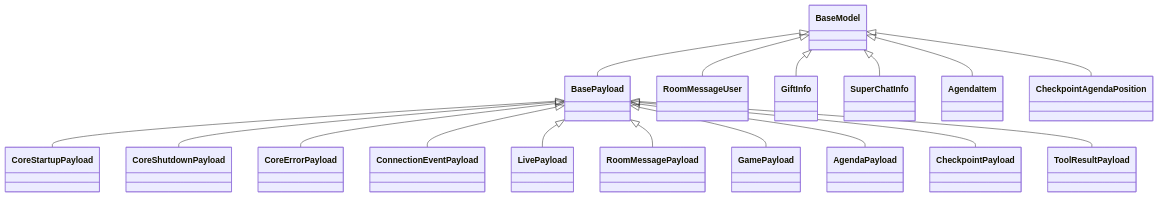
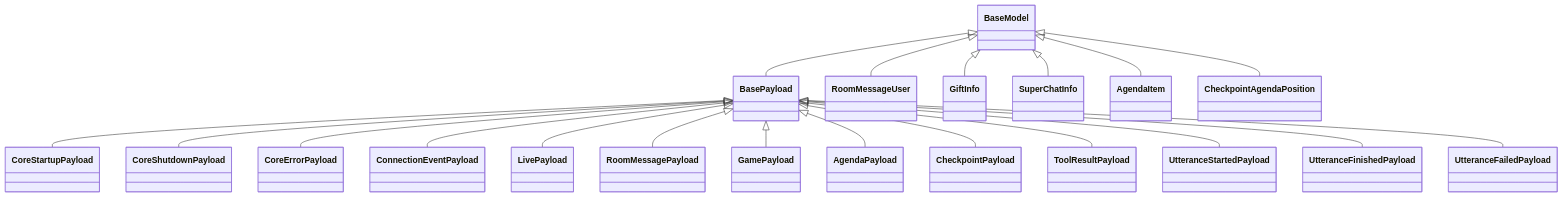
The second of 4 diagrams in docs/architecture/event-system.md (Mai-with-u/Amaidesu), drawn with Mermaid before and after one commit. The commit also changed other lines of this file and 60 other files, not shown here.

````diff
--- a/docs/architecture/event-system.md
+++ b/docs/architecture/event-system.md
@@ -331,19 +335,22 @@
 ```mermaid
 classDiagram
     BaseModel <|-- BasePayload
     BasePayload <|-- CoreStartupPayload
     BasePayload <|-- CoreShutdownPayload
     BasePayload <|-- CoreErrorPayload
     BasePayload <|-- ConnectionEventPayload
     BasePayload <|-- LivePayload
     BasePayload <|-- RoomMessagePayload
     BasePayload <|-- GamePayload
     BasePayload <|-- AgendaPayload
     BasePayload <|-- CheckpointPayload
     BasePayload <|-- ToolResultPayload
+    BasePayload <|-- UtteranceStartedPayload
+    BasePayload <|-- UtteranceFinishedPayload
+    BasePayload <|-- UtteranceFailedPayload
     BaseModel <|-- RoomMessageUser
     BaseModel <|-- GiftInfo
     BaseModel <|-- SuperChatInfo
     BaseModel <|-- AgendaItem
     BaseModel <|-- CheckpointAgendaPosition
 ```
````
